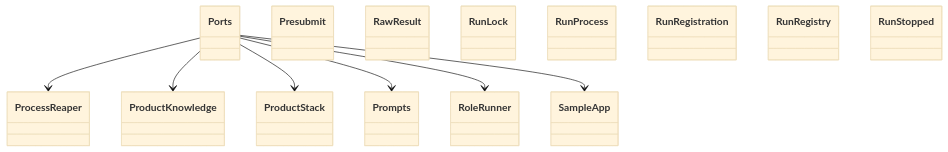
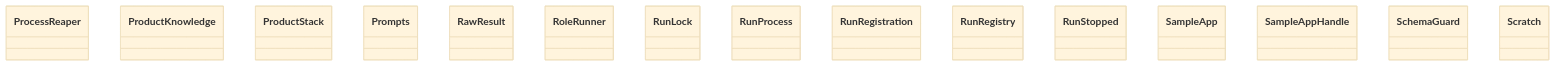
The diagram in docs/architecture/generated/classes-process-application-support-4.md (GonzaloZevallos/agentic-system), drawn with Mermaid (base theme) before and after one commit. The commit also changed other lines of this file and 23 other files, not shown here.

````diff
--- a/docs/architecture/generated/classes-process-application-support-4.md
+++ b/docs/architecture/generated/classes-process-application-support-4.md
@@ -17,23 +17,18 @@
 ```mermaid
 classDiagram
-    class ports__Ports["Ports"]
-    class ports__Presubmit["Presubmit"]
     class ports__ProcessReaper["ProcessReaper"]
     class ports__ProductKnowledge["ProductKnowledge"]
     class ports__ProductStack["ProductStack"]
     class ports__Prompts["Prompts"]
     class ports__RawResult["RawResult"]
     class ports__RoleRunner["RoleRunner"]
     class ports__RunLock["RunLock"]
     class ports__RunProcess["RunProcess"]
     class ports__RunRegistration["RunRegistration"]
     class ports__RunRegistry["RunRegistry"]
     class ports__RunStopped["RunStopped"]
     class ports__SampleApp["SampleApp"]
-    ports__Ports --> ports__ProcessReaper
-    ports__Ports --> ports__ProductKnowledge
-    ports__Ports --> ports__ProductStack
-    ports__Ports --> ports__Prompts
-    ports__Ports --> ports__RoleRunner
-    ports__Ports --> ports__SampleApp
+    class ports__SampleAppHandle["SampleAppHandle"]
+    class ports__SchemaGuard["SchemaGuard"]
+    class ports__Scratch["Scratch"]
 ```
````
